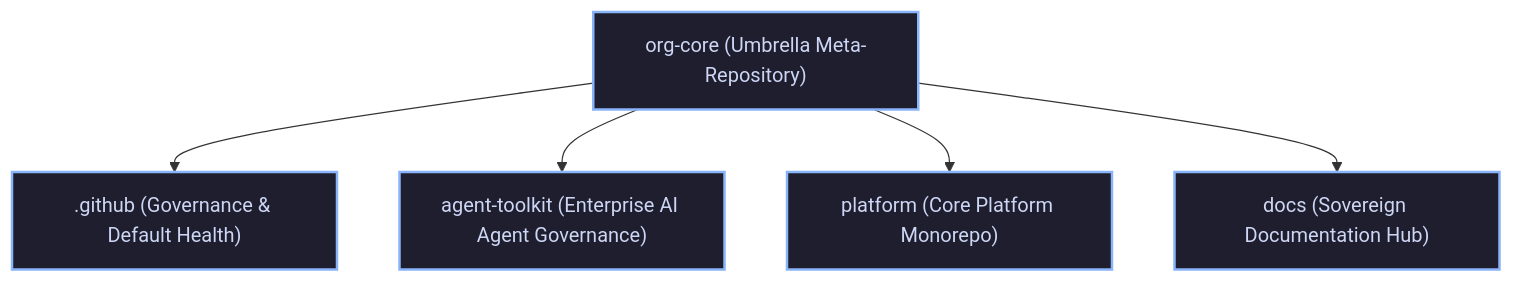
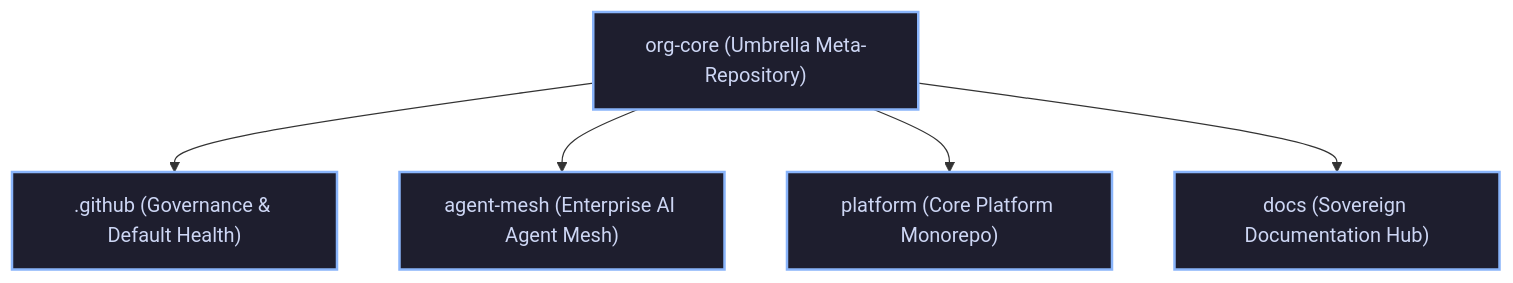
The diagram in README.md (tupynambalucas-dev/org-core), drawn with Mermaid before and after one commit. The commit also changed other lines of this file and 6 other files, not shown here.

Commit message:
chore(submodules): migrate agent-toolkit to agent-mesh and bump child pointers

````diff
--- a/README.md
+++ b/README.md
@@ -11,14 +11,14 @@
 ```mermaid
 graph TD
   direction TB
 
   Meta["org-core (Umbrella Meta-Repository)"]
 
   Meta --> Sub1[".github (Governance & Default Health)"]
-  Meta --> Sub2["agent-toolkit (Enterprise AI Agent Governance)"]
+  Meta --> Sub2["agent-mesh (Enterprise AI Agent Mesh)"]
   Meta --> Sub3["platform (Core Platform Monorepo)"]
   Meta --> Sub4["docs (Sovereign Documentation Hub)"]
 
   classDef repo fill:#1e1e2e,stroke:#89b4fa,stroke-width:2px,color:#cdd6f4;
   class Meta,Sub1,Sub2,Sub3,Sub4 repo;
 ```
````
